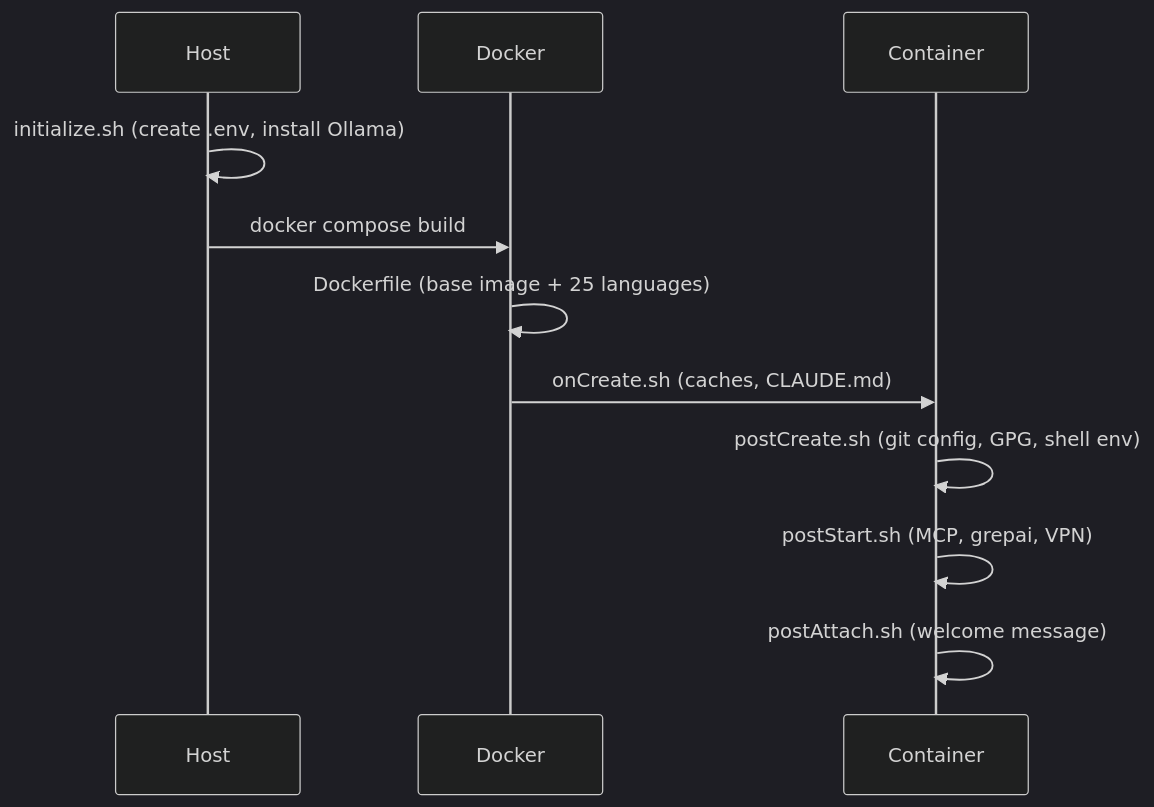
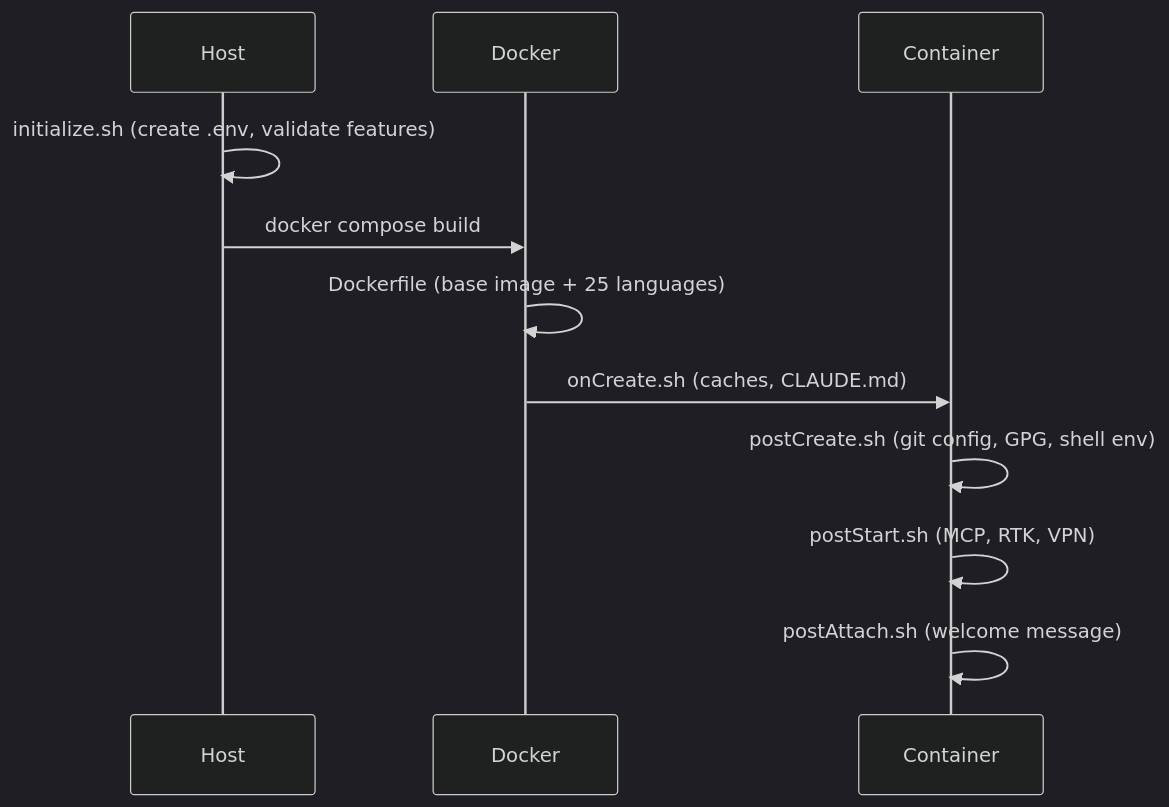
One commit to kodflow/devcontainer-template changed the diagram in docs/getting-started/README.md. Above: the diagram before and after it, drawn with Mermaid. The commit also changed other lines of this file and 141 other files, not shown here.

First line of the commit message:
fix(devcontainer): drop grepai+ollama stack, promote rtk for token savings (#328)

````diff
--- a/docs/getting-started/README.md
+++ b/docs/getting-started/README.md
@@ -32,21 +32,21 @@
 ```mermaid
 %%{init: {'theme': 'dark', 'themeVariables': {
   'primaryColor': '#9D76FB1a',
   'primaryBorderColor': '#9D76FB',
   'primaryTextColor': '#d4d8e0',
   'lineColor': '#d4d8e0',
   'textColor': '#d4d8e0'
 }}}%%
 sequenceDiagram
     participant H as Host
     participant D as Docker
     participant C as Container
 
-    H->>H: initialize.sh (create .env, install Ollama)
+    H->>H: initialize.sh (create .env, validate features)
     H->>D: docker compose build
     D->>D: Dockerfile (base image + 25 languages)
     D->>C: onCreate.sh (caches, CLAUDE.md)
     C->>C: postCreate.sh (git config, GPG, shell env)
-    C->>C: postStart.sh (MCP, grepai, VPN)
+    C->>C: postStart.sh (MCP, RTK, VPN)
     C->>C: postAttach.sh (welcome message)
 ```
````
